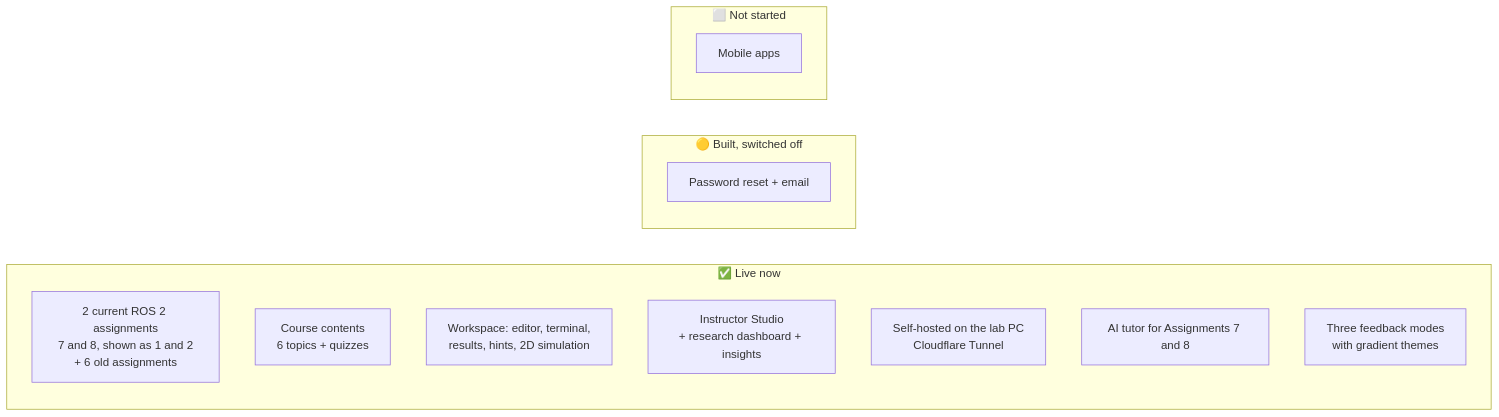
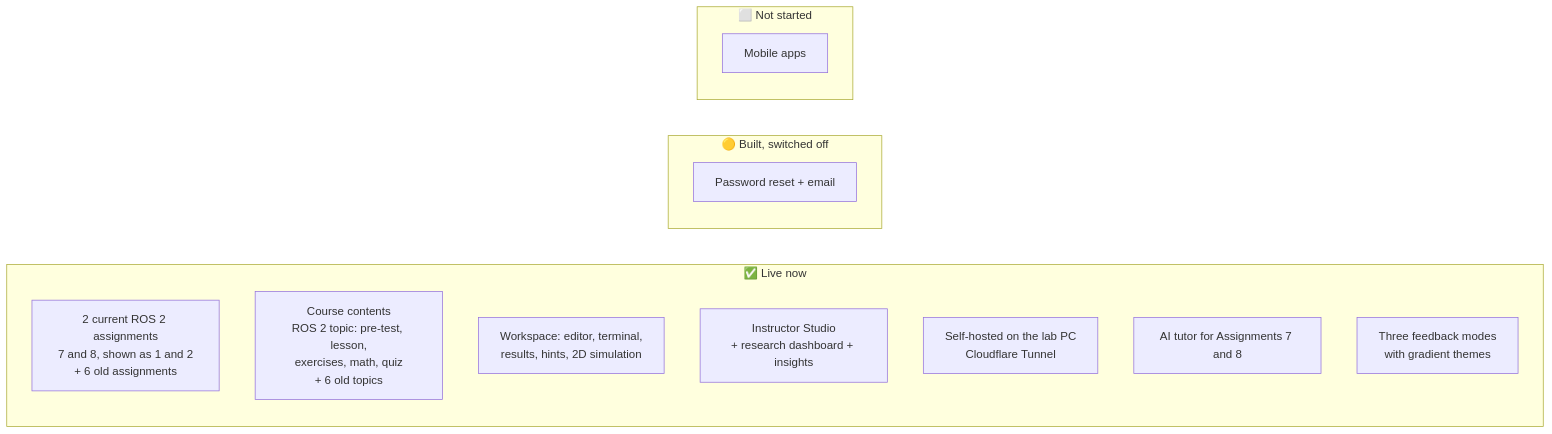
Before and after one commit to CS-Ponkoj/Robotics-Programming-Lab-Live: the second of 3 diagrams in docs/system-architecture/Plan.md, drawn with Mermaid. The commit also changed 9 other files, not shown here.

First line of the commit message:
Document the course pre-test, first-attempt quiz score and new exports

````diff
--- a/docs/system-architecture/Plan.md
+++ b/docs/system-architecture/Plan.md
@@ -40,18 +40,18 @@
 ```mermaid
 flowchart LR
     subgraph Done[✅ Live now]
         A1[2 current ROS 2 assignments<br/>7 and 8, shown as 1 and 2<br/>+ 6 old assignments]
-        A2[Course contents<br/>6 topics + quizzes]
+        A2[Course contents<br/>ROS 2 topic: pre-test, lesson,<br/>exercises, math, quiz<br/>+ 6 old topics]
         A3[Workspace: editor, terminal,<br/>results, hints, 2D simulation]
         A4[Instructor Studio<br/>+ research dashboard + insights]
         A5[Self-hosted on the lab PC<br/>Cloudflare Tunnel]
         A6[AI tutor for Assignments 7 and 8]
         A7[Three feedback modes<br/>with gradient themes]
     end
     subgraph Off[🟡 Built, switched off]
         B2[Password reset + email]
     end
     subgraph Not[⬜ Not started]
         C1[Mobile apps]
     end
 ```
````
